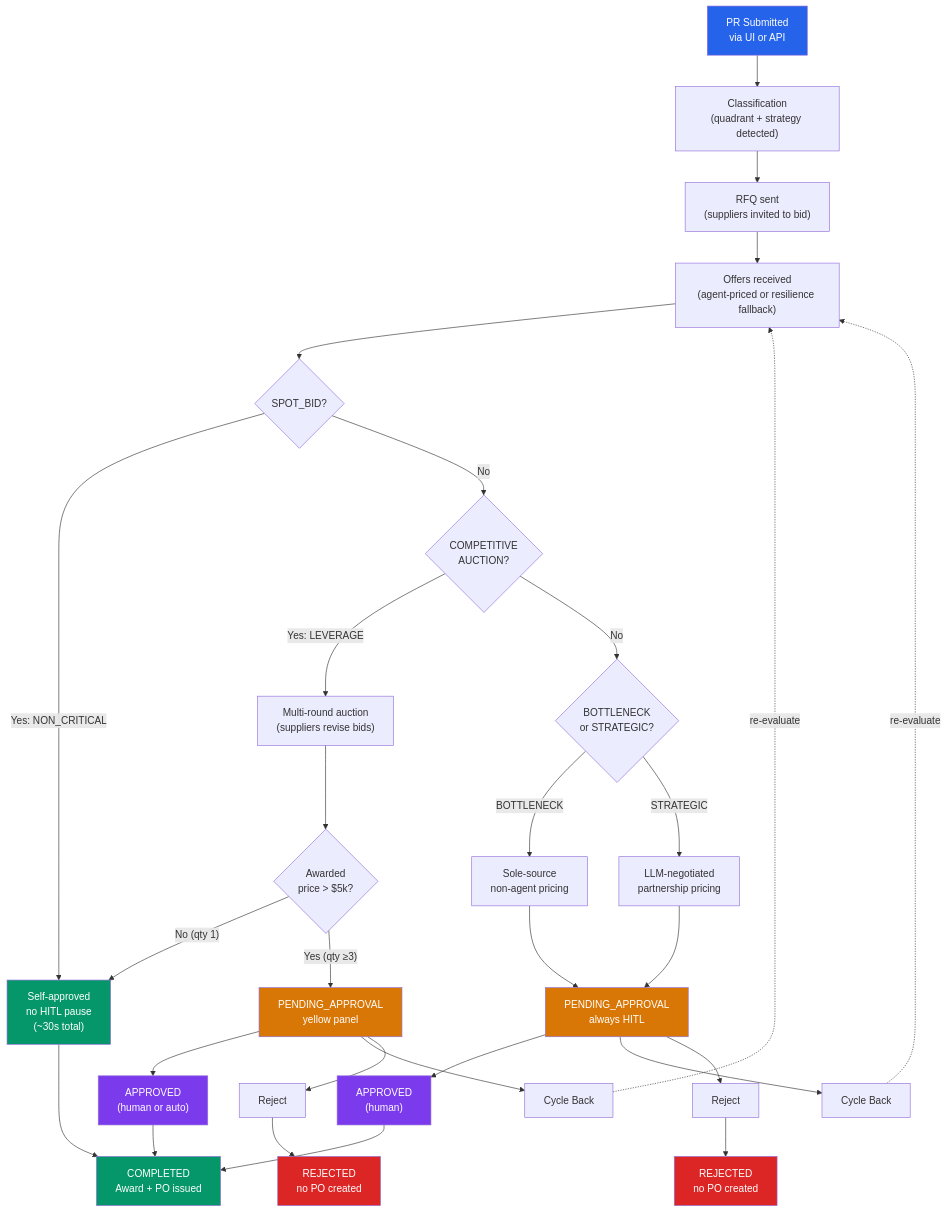
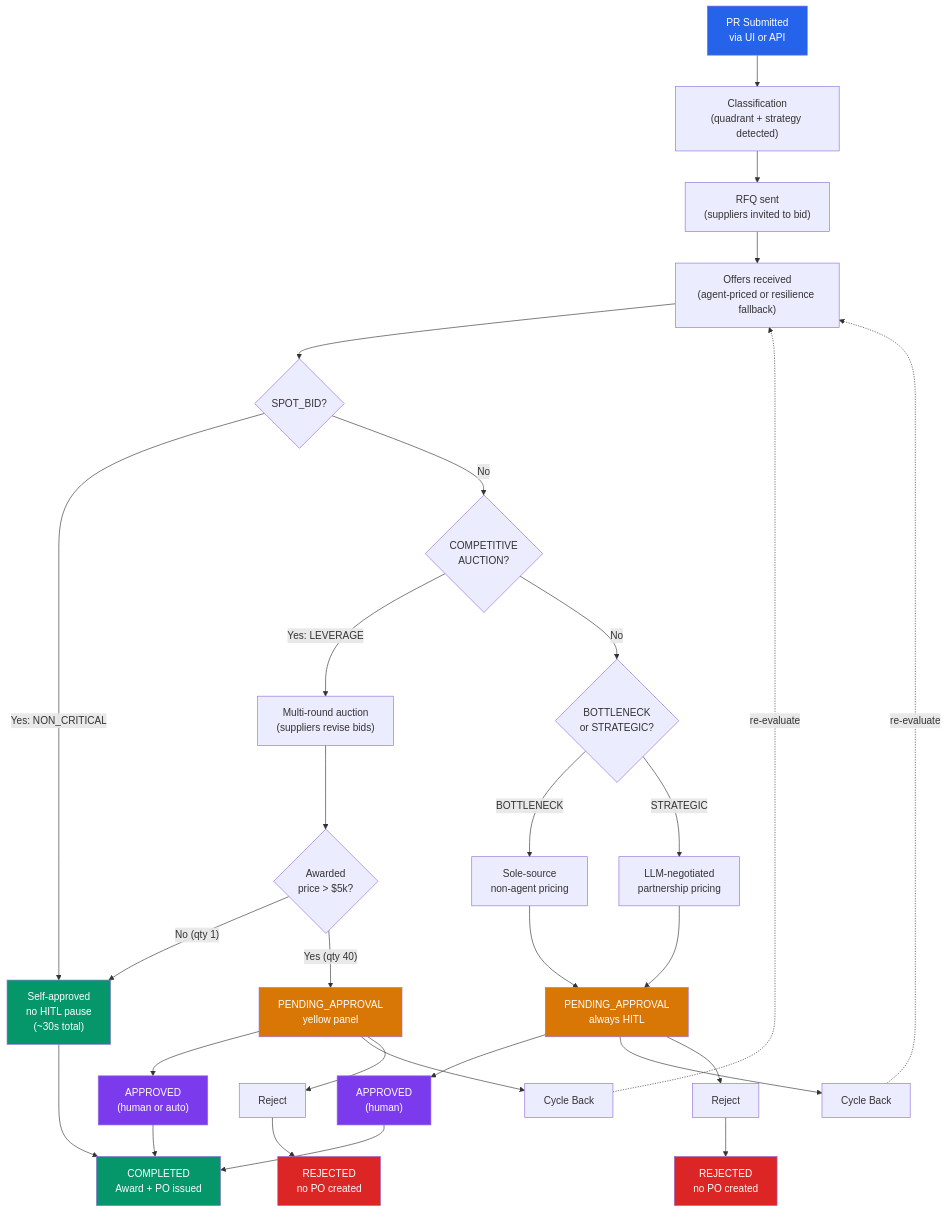
The diagram in demo-harness-project/DEMO-GUIDE.md (gpazevedo/buyer-team-demo), drawn with Mermaid before and after one commit. The commit also changed other lines of this file and 15 other files, not shown here.

````diff
--- a/demo-harness-project/DEMO-GUIDE.md
+++ b/demo-harness-project/DEMO-GUIDE.md
@@ -93,44 +108,44 @@
 ```mermaid
 flowchart TD
     PR["PR Submitted<br>via UI or API"] --> Classify["Classification<br>(quadrant + strategy detected)"]
     Classify --> RFQ["RFQ sent<br>(suppliers invited to bid)"]
     RFQ --> Offers["Offers received<br>(agent-priced or resilience fallback)"]
 
     Offers --> SPOT{"SPOT_BID?"}
     SPOT -->|Yes: NON_CRITICAL| AutoOK["Self-approved<br>no HITL pause<br>(~30s total)"]
     AutoOK --> Complete["COMPLETED<br>Award + PO issued"]
 
     SPOT -->|No| Auction{"COMPETITIVE<br>AUCTION?"}
     Auction -->|Yes: LEVERAGE| MultiRound["Multi-round auction<br>(suppliers revise bids)"]
     MultiRound --> Check5k{"Awarded<br>price > $5k?"}
     Check5k -->|"No (qty 1)"| AutoOK
-    Check5k -->|"Yes (qty ≥3)"| HITL["PENDING_APPROVAL<br>yellow panel"]
+    Check5k -->|"Yes (qty 40)"| HITL["PENDING_APPROVAL<br>yellow panel"]
     HITL --> Approve["APPROVED<br>(human or auto)"]
     HITL --> CycleBack["Cycle Back"]
     HITL --> Reject["Reject"]
     Approve --> Complete
     CycleBack -.->|"re-evaluate"| Offers
     Reject --> Rejected["REJECTED<br>no PO created"]
 
     Auction -->|No| Bottle{"BOTTLENECK<br>or STRATEGIC?"}
     Bottle -->|BOTTLENECK| SoleSrc1["Sole-source<br>non-agent pricing"]
     Bottle -->|STRATEGIC| SoleSrc2["LLM-negotiated<br>partnership pricing"]
     SoleSrc1 --> HITL2["PENDING_APPROVAL<br>always HITL"]
     SoleSrc2 --> HITL2
     HITL2 --> Approve2["APPROVED<br>(human)"]
     HITL2 --> CycleBack2["Cycle Back"]
     HITL2 --> Reject2["Reject"]
     Approve2 --> Complete
     CycleBack2 -.->|"re-evaluate"| Offers
     Reject2 --> Rejected2["REJECTED<br>no PO created"]
 
     style PR fill:#2563eb,color:#fff
     style AutoOK fill:#059669,color:#fff
     style HITL fill:#d97706,color:#fff
     style HITL2 fill:#d97706,color:#fff
     style Approve fill:#7c3aed,color:#fff
     style Approve2 fill:#7c3aed,color:#fff
     style Complete fill:#059669,color:#fff
     style Rejected fill:#dc2626,color:#fff
     style Rejected2 fill:#dc2626,color:#fff
 ```
````
